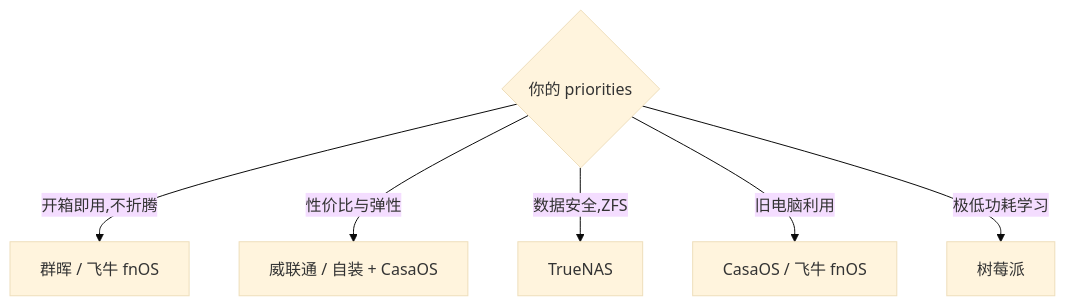
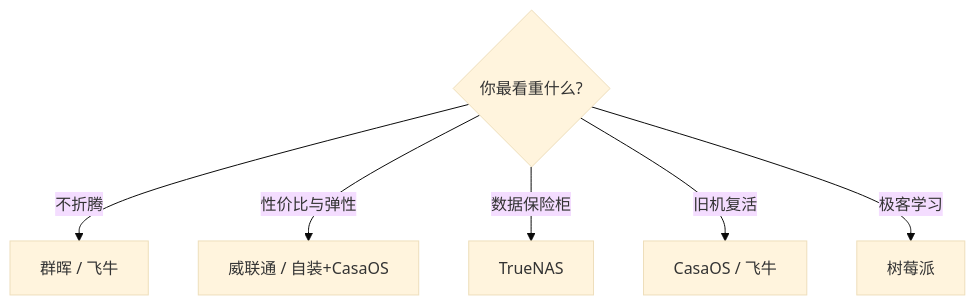
The diagram in docs/03-平台横评与选型/README.md (cv-superding/nas-guide), drawn with Mermaid (base theme) before and after one commit. The commit also changed other lines of this file and 1 other file, not shown here.

````diff
--- a/docs/03-平台横评与选型/README.md
+++ b/docs/03-平台横评与选型/README.md
@@ -46,8 +38,8 @@
 ```mermaid
 flowchart TD
-    A{你的 priorities} -->|开箱即用,不折腾| B[群晖 / 飞牛 fnOS]
-    A -->|性价比与弹性| C[威联通 / 自装 + CasaOS]
-    A -->|数据安全,ZFS| D[TrueNAS]
-    A -->|旧电脑利用| E[CasaOS / 飞牛 fnOS]
-    A -->|极低功耗学习| F[树莓派]
+    A{你最看重什么?} -->|不折腾| B[群晖 / 飞牛]
+    A -->|性价比与弹性| C[威联通 / 自装+CasaOS]
+    A -->|数据保险柜| D[TrueNAS]
+    A -->|旧机复活| E[CasaOS / 飞牛]
+    A -->|极客学习| F[树莓派]
 ```
````
